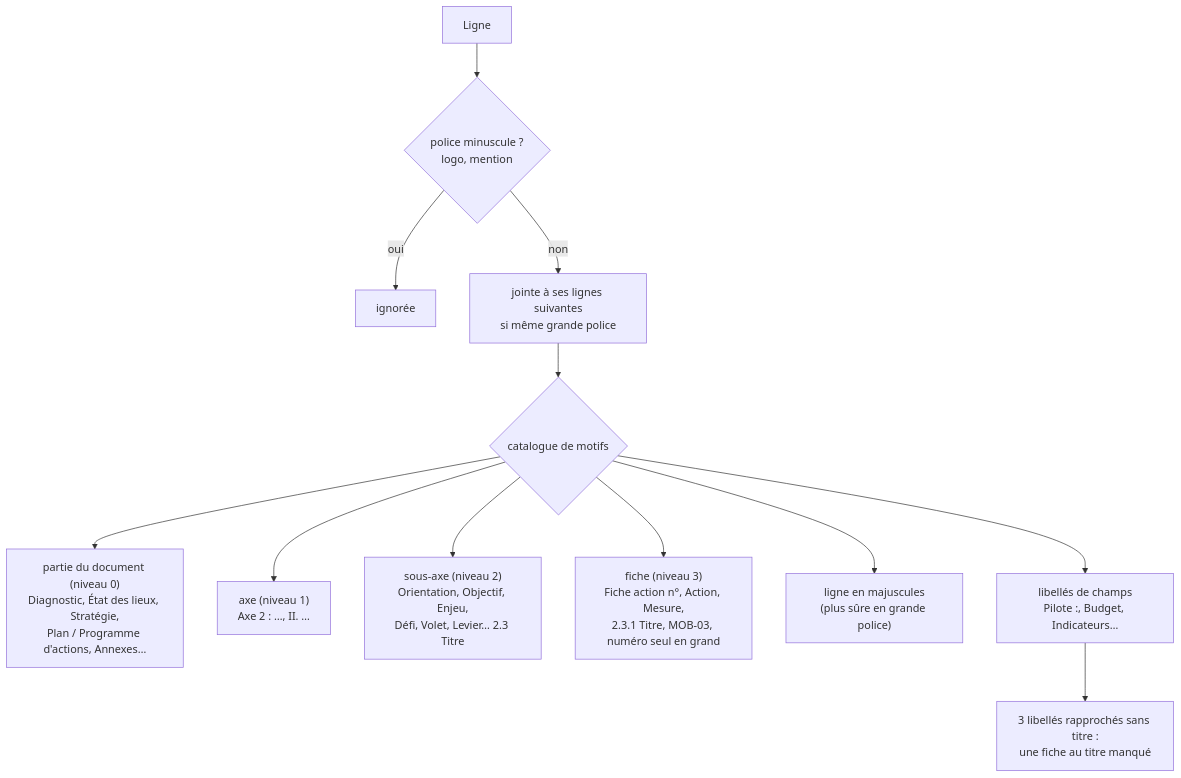
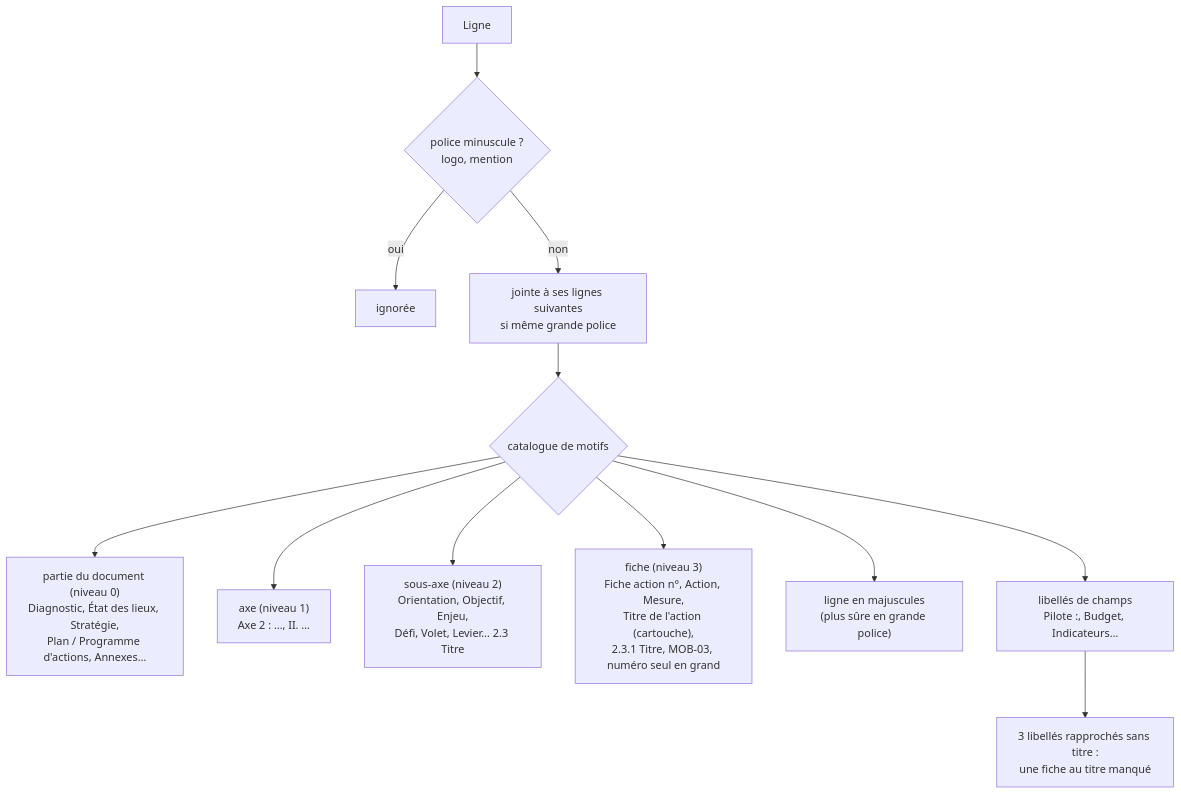
Before and after one commit to incubateur-ademe/territoires-en-transitions: the fourth of 6 diagrams in apps/backend/src/plans/ai-plan-import/README.md, drawn with Mermaid. The commit also changed other lines of this file and 18 other files, not shown here.

First line of the commit message:
fix(plans): l'import IA lit les fiches ouvertes par un cartouche « Titre de l'action » et garde leur numéro

````diff
--- a/apps/backend/src/plans/ai-plan-import/README.md
+++ b/apps/backend/src/plans/ai-plan-import/README.md
@@ -329,14 +329,14 @@
 ```mermaid
 flowchart TD
     L[Ligne] --> Z{police minuscule ?<br/>logo, mention}
     Z -- oui --> X[ignorée]
     Z -- non --> J[jointe à ses lignes suivantes<br/>si même grande police]
     J --> C{catalogue de motifs}
     C --> S0["partie du document (niveau 0)<br/>Diagnostic, État des lieux, Stratégie,<br/>Plan / Programme d'actions, Annexes…"]
     C --> S1["axe (niveau 1)<br/>Axe 2 : …, II. …"]
     C --> S2["sous-axe (niveau 2)<br/>Orientation, Objectif, Enjeu,<br/>Défi, Volet, Levier… 2.3 Titre"]
-    C --> S3["fiche (niveau 3)<br/>Fiche action n°, Action, Mesure,<br/>2.3.1 Titre, MOB-03, numéro seul en grand"]
+    C --> S3["fiche (niveau 3)<br/>Fiche action n°, Action, Mesure,<br/>Titre de l'action (cartouche),<br/>2.3.1 Titre, MOB-03, numéro seul en grand"]
     C --> SM["ligne en majuscules<br/>(plus sûre en grande police)"]
     C --> LB["libellés de champs<br/>Pilote :, Budget, Indicateurs…"]
     LB --> RO[3 libellés rapprochés sans titre :<br/>une fiche au titre manqué]
 ```
````
